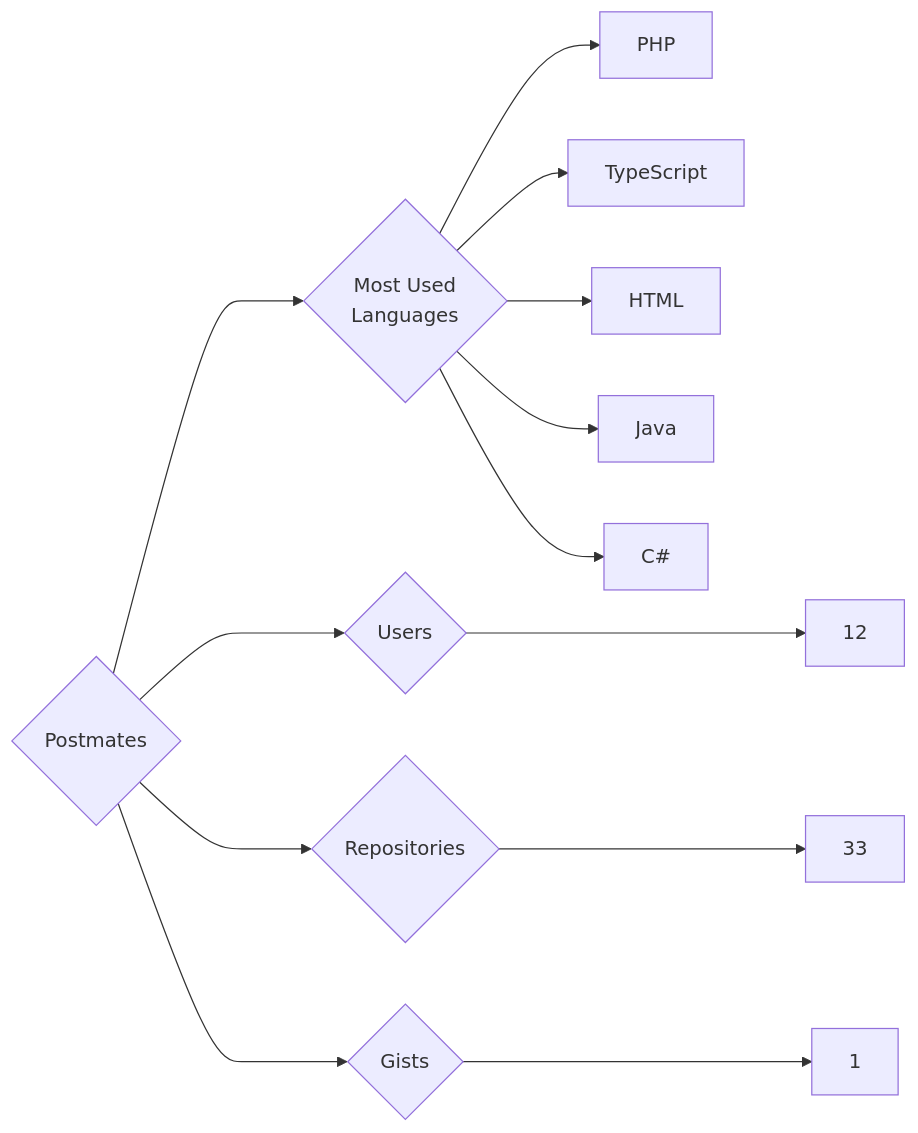
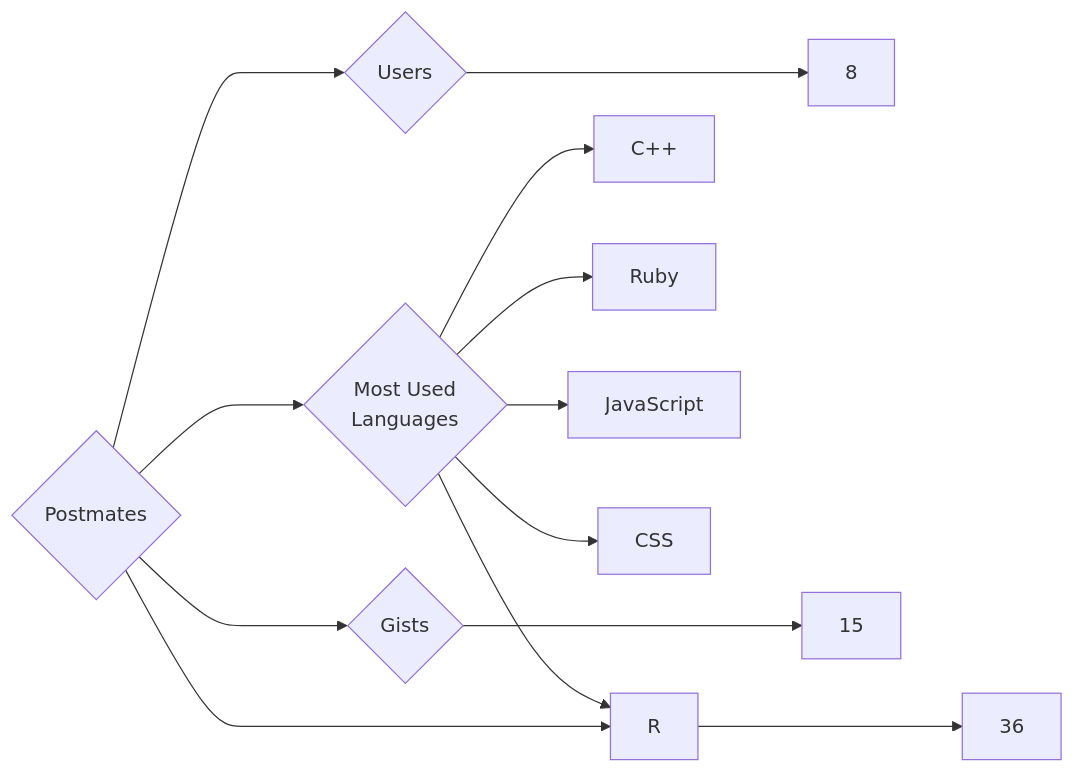
Before and after one commit to trickest/insiders: the diagram in targets/Postmates/README.md, drawn with Mermaid. The commit also changed 920 other files, not shown here.

````diff
--- a/targets/Postmates/README.md
+++ b/targets/Postmates/README.md
@@ -3,13 +3,13 @@
 ```mermaid
 graph LR
 COMPANY_NAME{Postmates}
-COMPANY_NAME ---> U{Users} ---> UN[12]
-COMPANY_NAME ---> R{Repositories} ---> RN[33]
-COMPANY_NAME ---> G{Gists} ---> GN[1]
+COMPANY_NAME ---> U{Users} ---> UN[8]
+COMPANY_NAME ---> R{Repositories} ---> RN[36]
+COMPANY_NAME ---> G{Gists} ---> GN[15]
 COMPANY_NAME ---> ML{Most Used<br>Languages}
-ML --> PHP[PHP]
-ML --> TypeScript[TypeScript]
-ML --> HTML[HTML]
-ML --> Java[Java]
-ML --> C#[C#]
+ML --> C++[C++]
+ML --> Ruby[Ruby]
+ML --> JavaScript[JavaScript]
+ML --> CSS[CSS]
+ML --> R[R]
 ```
````
